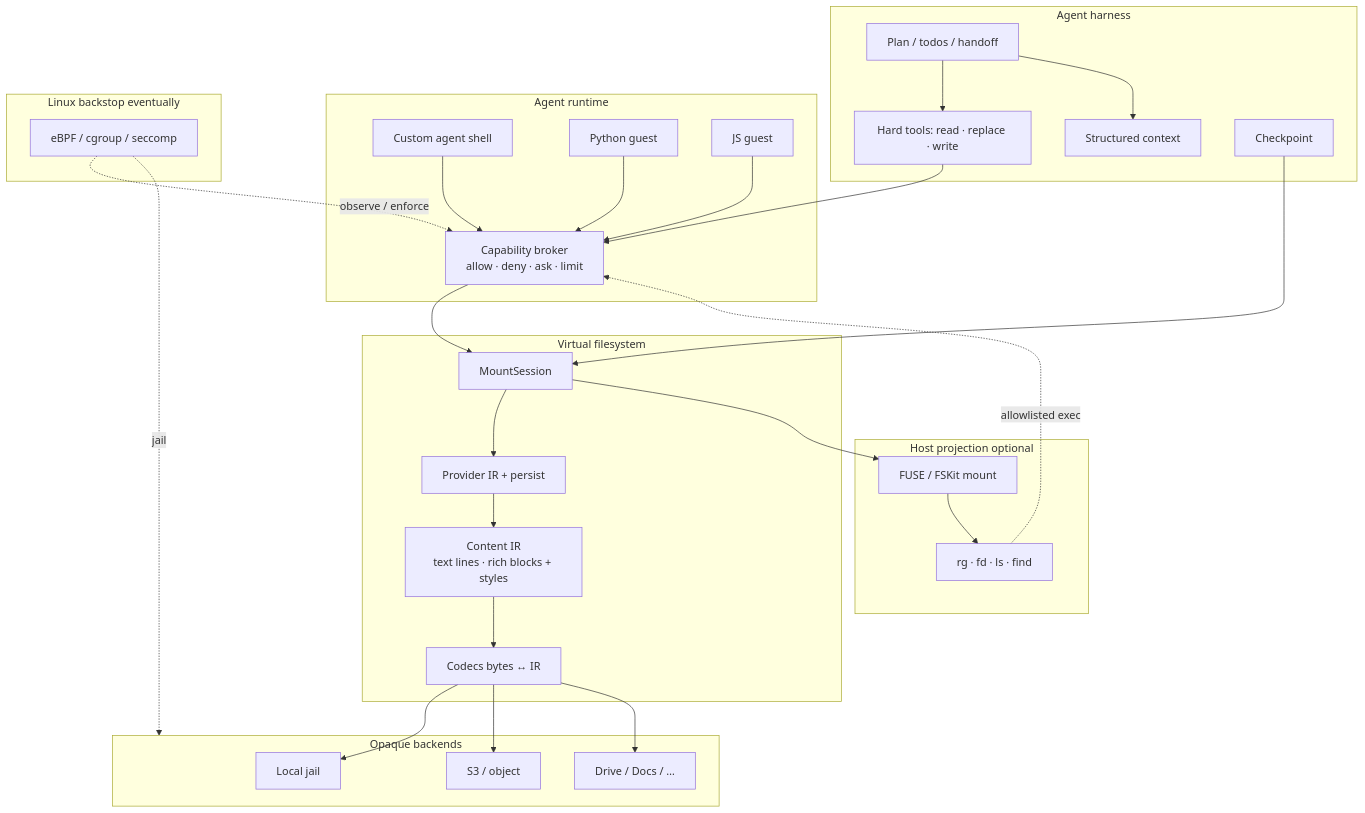
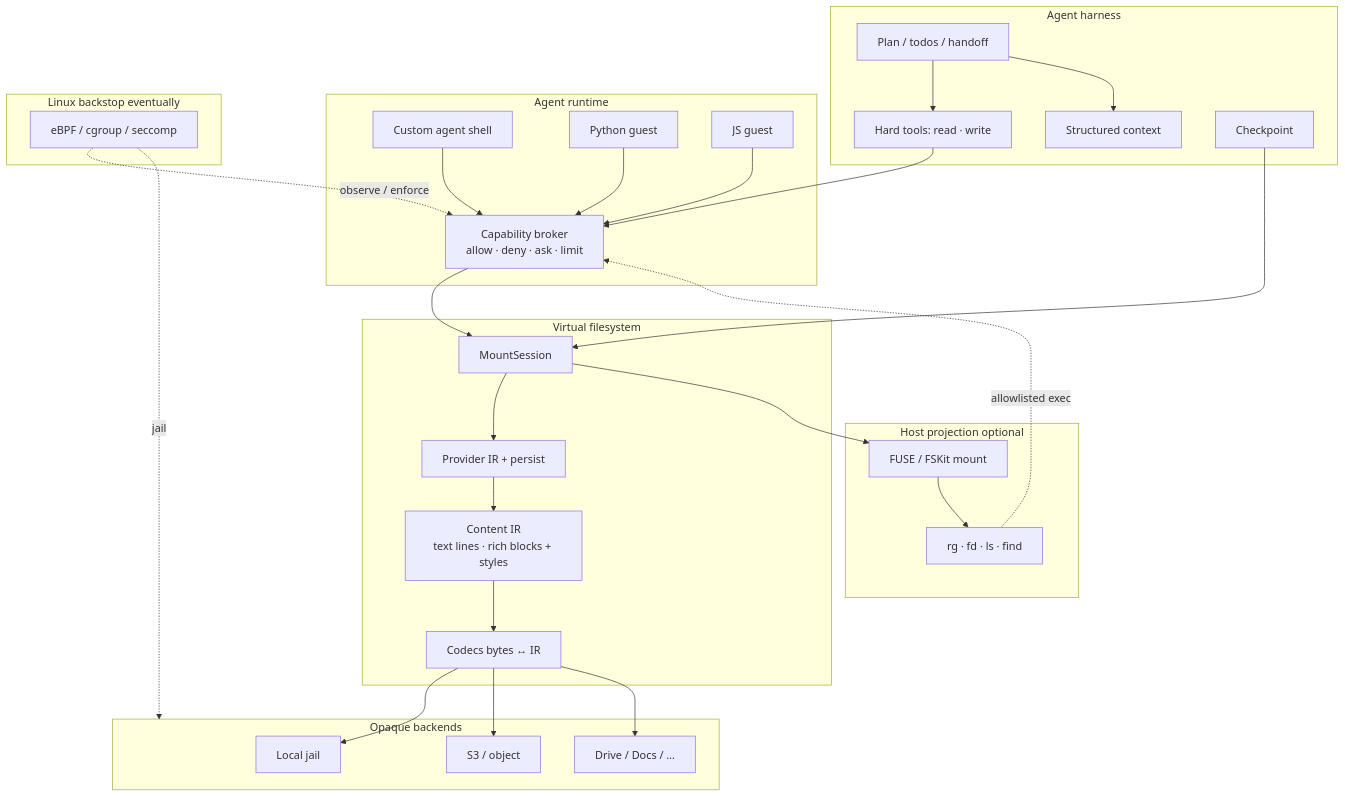
One commit to Ryanaldo34/tacklr changed the first of 2 diagrams in README.md. Above: the diagram before and after it, drawn with Mermaid. The commit also changed other lines of this file and 22 other files, not shown here.

````diff
--- a/README.md
+++ b/README.md
@@ -301,58 +301,58 @@
 ```mermaid
 flowchart TB
   subgraph harness [Agent harness]
     Plan[Plan / todos / handoff]
-    Tools[Hard tools: read · replace · write]
+    Tools[Hard tools: read · write]
     Ctx[Structured context]
     CP[Checkpoint]
   end
 
   subgraph runtime [Agent runtime]
     Shell[Custom agent shell]
     Py[Python guest]
     JS[JS guest]
     Broker[Capability broker<br/>allow · deny · ask · limit]
   end
 
   subgraph vfs_layer [Virtual filesystem]
     MS[MountSession]
     IR[Content IR<br/>text lines · rich blocks + styles]
     Overlay[Provider IR + persist]
     Codec[Codecs bytes ↔ IR]
   end
 
   subgraph project [Host projection optional]
     FUSE[FUSE / FSKit mount]
     HostCLIs[rg · fd · ls · find]
   end
 
   subgraph backends [Opaque backends]
     Local[Local jail]
     S3[S3 / object]
     Other[Drive / Docs / …]
   end
 
   subgraph kernel [Linux backstop eventually]
     eBPF[eBPF / cgroup / seccomp]
   end
 
   Plan --> Tools
   Plan --> Ctx
   Tools --> Broker
   Shell --> Broker
   Py --> Broker
   JS --> Broker
   Broker --> MS
   MS --> Overlay
   Overlay --> IR
   IR --> Codec
   Codec --> Local
   Codec --> S3
   Codec --> Other
   MS --> FUSE
   FUSE --> HostCLIs
   HostCLIs -.->|allowlisted exec| Broker
   CP --> MS
   eBPF -.->|observe / enforce| Broker
   eBPF -.->|jail| backends
 ```
````
